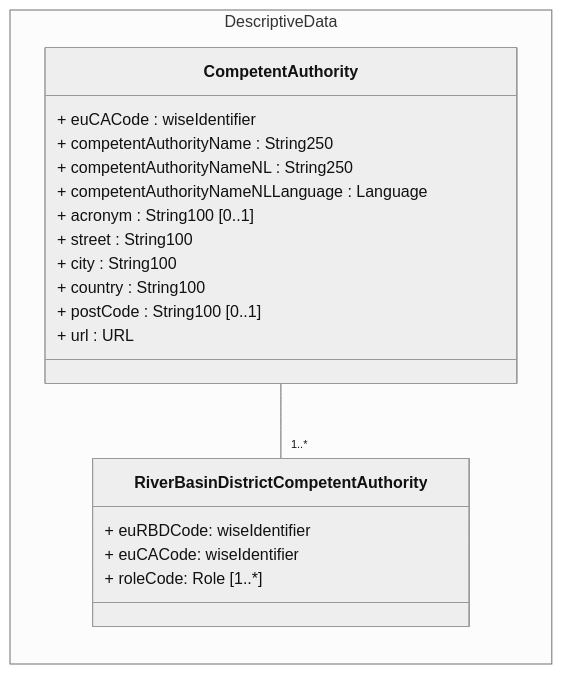
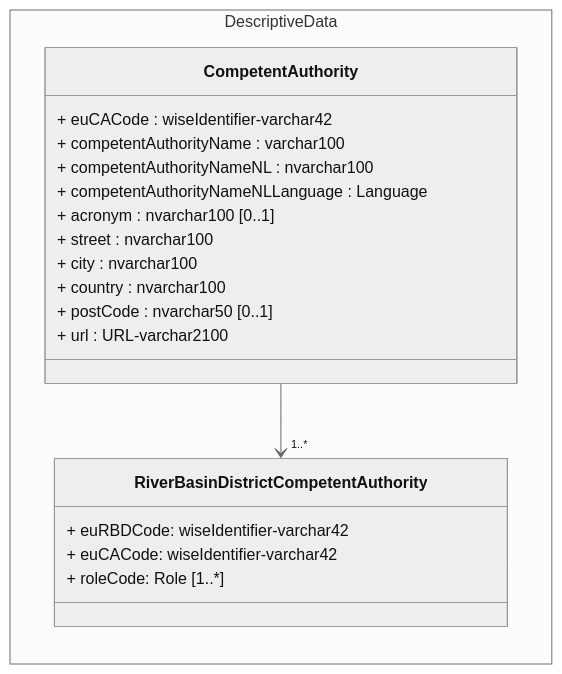
The diagram in docs/DataModelReview/mmd/RBDCA_4thCycle_Descriptive_ClassDiagram.mmd (eeadata/WISE.WFD.Documentation), drawn with Mermaid before and after one commit. The commit also changed 10 other files, not shown here.

```diff
--- a/docs/DataModelReview/mmd/RBDCA_4thCycle_Descriptive_ClassDiagram.mmd
+++ b/docs/DataModelReview/mmd/RBDCA_4thCycle_Descriptive_ClassDiagram.mmd
@@ -1,23 +1,23 @@
 %%{init: {'theme': 'neutral'}}%%
 classDiagram
 direction LR
 namespace DescriptiveData {
 class CompetentAuthority {
-+ euCACode : wiseIdentifier
-+ competentAuthorityName : String250
-+ competentAuthorityNameNL : String250
++ euCACode : wiseIdentifier-varchar42
++ competentAuthorityName : varchar100
++ competentAuthorityNameNL : nvarchar100
 + competentAuthorityNameNLLanguage : Language
-+ acronym : String100 [0..1]
-+ street : String100
-+ city : String100
-+ country : String100
-+ postCode : String100 [0..1]
-+ url : URL
++ acronym : nvarchar100 [0..1]
++ street : nvarchar100
++ city : nvarchar100
++ country : nvarchar100
++ postCode : nvarchar50 [0..1]
++ url : URL-varchar2100
 }
 class RiverBasinDistrictCompetentAuthority {
-+ euRBDCode: wiseIdentifier
-+ euCACode: wiseIdentifier
++ euRBDCode: wiseIdentifier-varchar42
++ euCACode: wiseIdentifier-varchar42
 + roleCode: Role [1..*]
 }
 }
-CompetentAuthority -- "1..*" RiverBasinDistrictCompetentAuthority
+CompetentAuthority --> "1..*" RiverBasinDistrictCompetentAuthority
```
